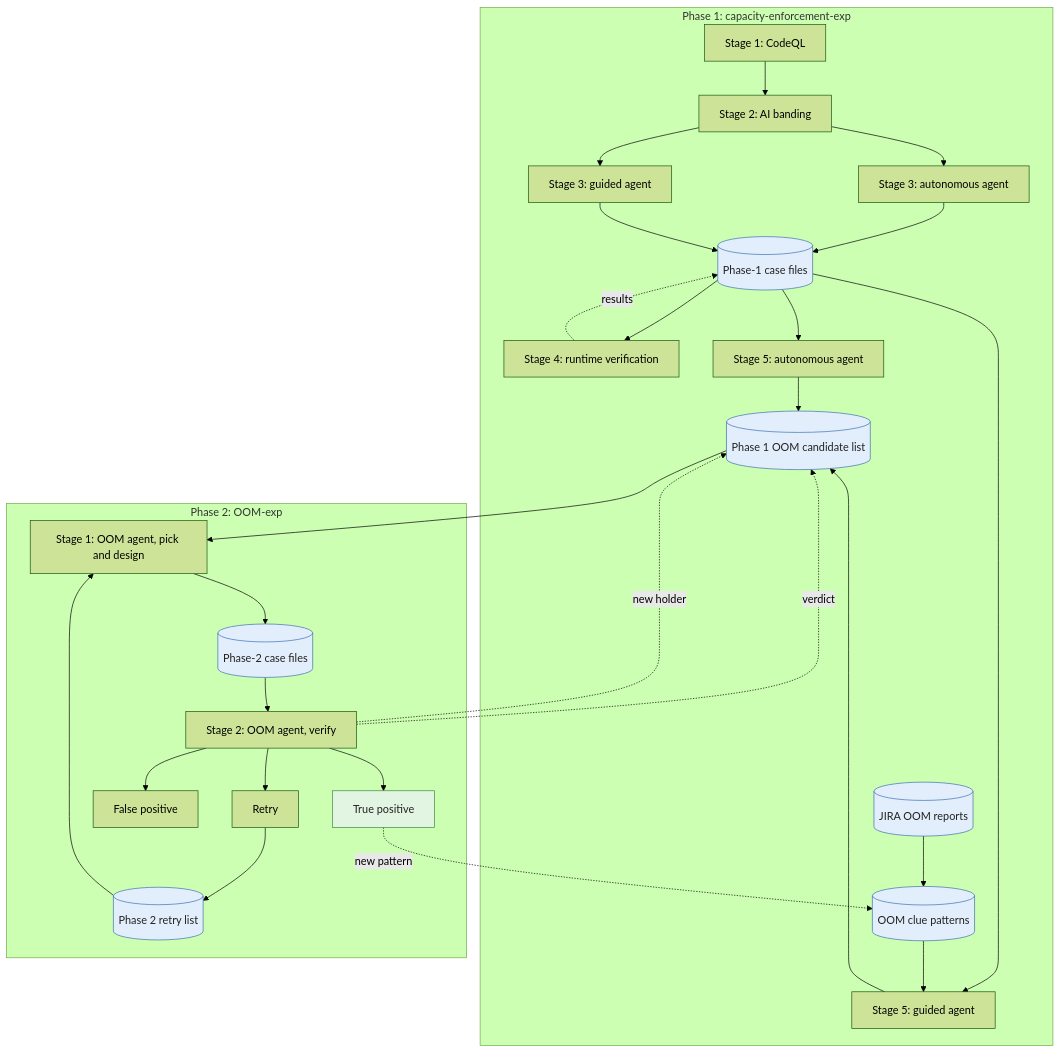
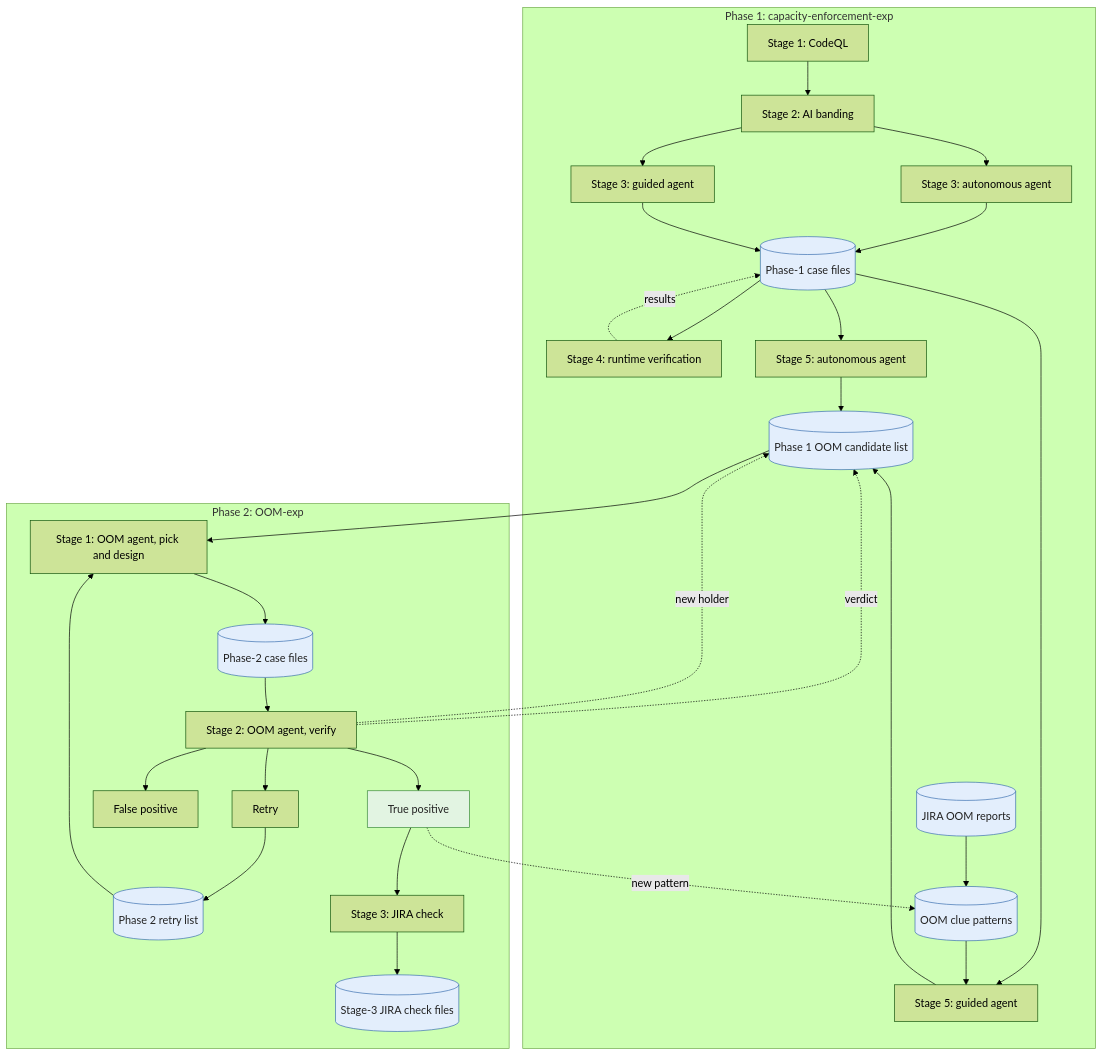
Before and after one commit to MengJingsong/Misconfiguration: the diagram in experiments/FLOWCHART.md, drawn with Mermaid (forest theme). The commit also changed other lines of this file and 3 other files, not shown here.

First line of the commit message:
OOM-exp scope rule: default constraints only; flowchart gains stage 3

````diff
--- a/experiments/FLOWCHART.md
+++ b/experiments/FLOWCHART.md
@@ -66,58 +69,62 @@
 ```mermaid
 flowchart TD
   classDef store fill:#e3eefc,stroke:#3a6fb0,color:#222
   classDef verdict fill:#e2f4e2,stroke:#3a8a3a,color:#222
 
   subgraph P1["Phase 1: capacity-enforcement-exp"]
     S1["Stage 1: CodeQL"]
     S2["Stage 2: AI banding"]
     S3A["Stage 3: autonomous agent"]
     S3G["Stage 3: guided agent"]
     CF[("Phase-1 case files")]
     S4["Stage 4: runtime verification"]
     JR[("JIRA OOM reports")]
     CPAT[("OOM clue patterns")]
     S5A["Stage 5: autonomous agent"]
     S5G["Stage 5: guided agent"]
     CL[("Phase 1 OOM candidate list")]
   end
 
   subgraph P2["Phase 2: OOM-exp"]
     RL[("Phase 2 retry list")]
     O1["Stage 1: OOM agent, pick and design"]
     CASE[("Phase-2 case files")]
     O2["Stage 2: OOM agent, verify"]
     TP["True positive"]
     FP["False positive"]
     RT["Retry"]
+    O3["Stage 3: JIRA check"]
+    JC[("Stage-3 JIRA check files")]
   end
 
   S1 --> S2
   S2 --> S3A
   S2 --> S3G
   S3A --> CF
   S3G --> CF
   CF --> S4
   S4 -.->|results| CF
   JR --> CPAT
   CF --> S5A
   CF --> S5G
   CPAT --> S5G
   S5A --> CL
   S5G --> CL
 
   CL --> O1
   RL --> O1
   O1 --> CASE
   CASE --> O2
   O2 --> TP
   O2 --> FP
   O2 --> RT
   RT --> RL
   O2 -.->|verdict| CL
   O2 -.->|new holder| CL
   TP -.->|new pattern| CPAT
+  TP --> O3
+  O3 --> JC
 
-  class CF,JR,CPAT,CL,RL,CASE store
+  class CF,JR,CPAT,CL,RL,CASE,JC store
   class TP verdict
 ```
````
